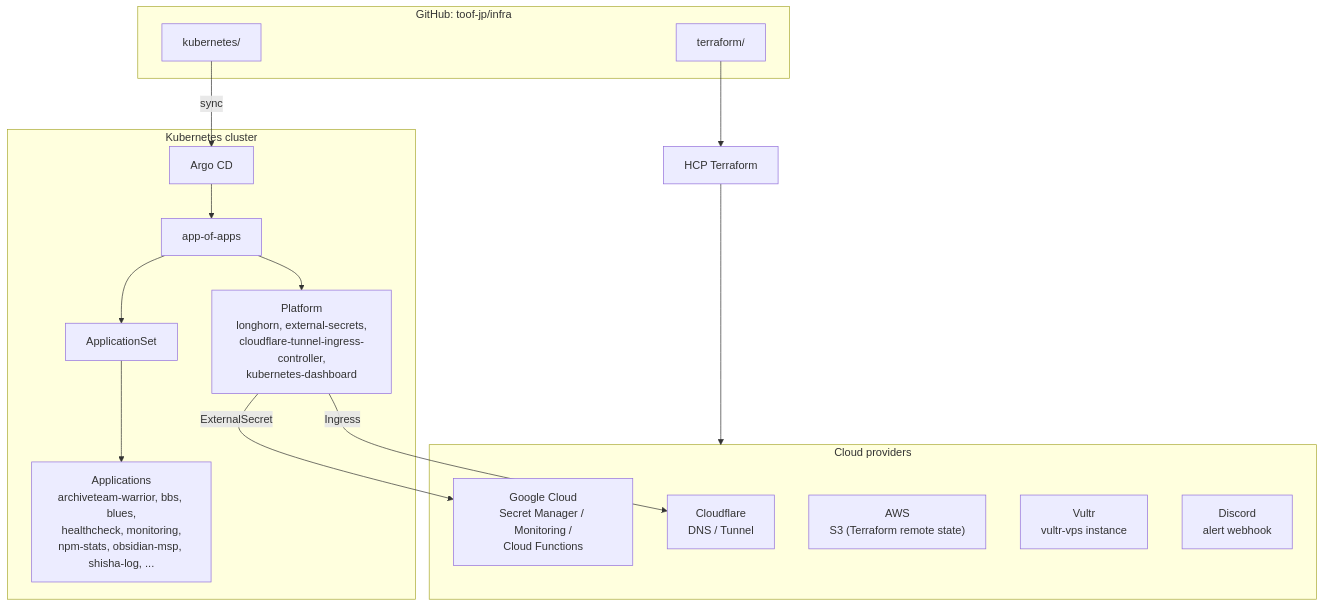
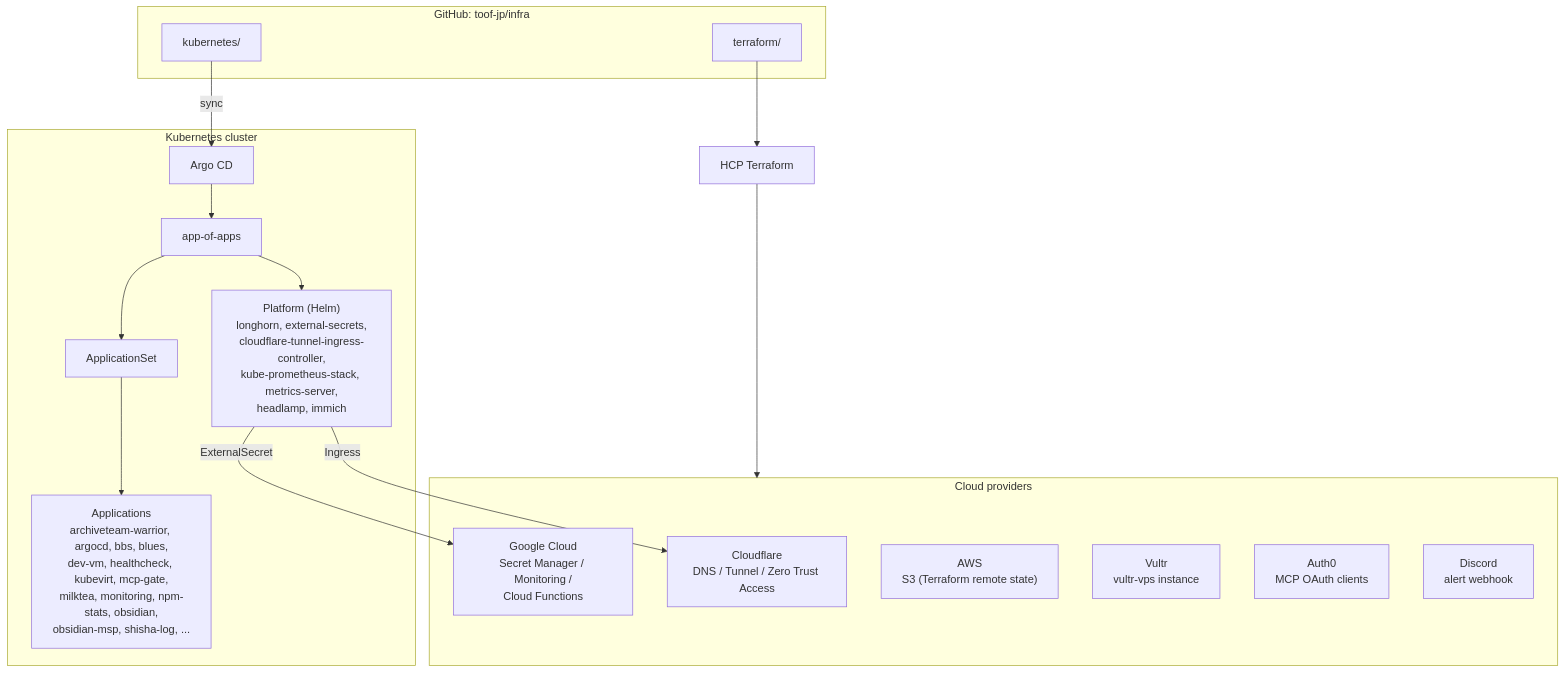
One commit to toof-jp/infra changed the first of 2 diagrams in README.md. Above: the diagram before and after it, drawn with Mermaid. The commit also changed other lines of this file, not shown here.

Commit message:
docs: update README to reflect current applications and providers

````diff
--- a/README.md
+++ b/README.md
@@ -23,37 +23,38 @@
 ```mermaid
 flowchart TB
     subgraph repo["GitHub: toof-jp/infra"]
         k8sdir["kubernetes/"]
         tfdir["terraform/"]
     end
 
     subgraph cluster["Kubernetes cluster"]
         argocd["Argo CD"]
         appofapps["app-of-apps"]
         appset["ApplicationSet"]
-        apps["Applications<br/>archiveteam-warrior, bbs, blues,<br/>healthcheck, monitoring,<br/>npm-stats, obsidian-msp, shisha-log, ..."]
-        platform["Platform<br/>longhorn, external-secrets,<br/>cloudflare-tunnel-ingress-controller,<br/>kubernetes-dashboard"]
+        apps["Applications<br/>archiveteam-warrior, argocd, bbs, blues,<br/>dev-vm, healthcheck, kubevirt, mcp-gate,<br/>milktea, monitoring, npm-stats, obsidian,<br/>obsidian-msp, shisha-log, ..."]
+        platform["Platform (Helm)<br/>longhorn, external-secrets,<br/>cloudflare-tunnel-ingress-controller,<br/>kube-prometheus-stack, metrics-server,<br/>headlamp, immich"]
     end
 
     subgraph providers["Cloud providers"]
-        cloudflare["Cloudflare<br/>DNS / Tunnel"]
+        cloudflare["Cloudflare<br/>DNS / Tunnel / Zero Trust Access"]
         gcp["Google Cloud<br/>Secret Manager / Monitoring /<br/>Cloud Functions"]
         aws["AWS<br/>S3 (Terraform remote state)"]
         vultr["Vultr<br/>vultr-vps instance"]
+        auth0["Auth0<br/>MCP OAuth clients"]
         discord["Discord<br/>alert webhook"]
     end
 
     hcp["HCP Terraform"]
 
     k8sdir -->|sync| argocd
     argocd --> appofapps
     appofapps --> appset
     appofapps --> platform
     appset --> apps
 
     tfdir --> hcp
     hcp --> providers
 
     platform -->|ExternalSecret| gcp
     platform -->|Ingress| cloudflare
 ```
````
